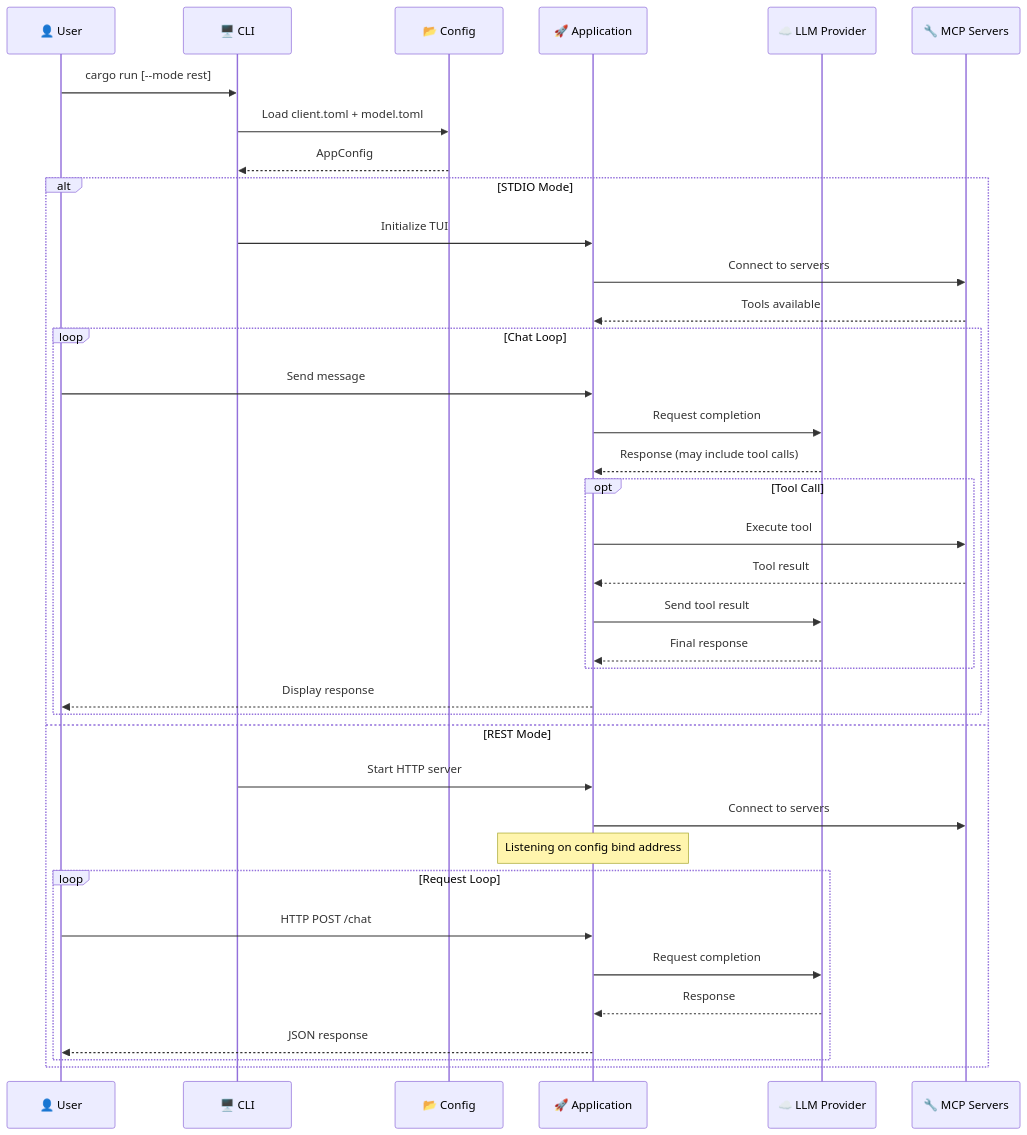
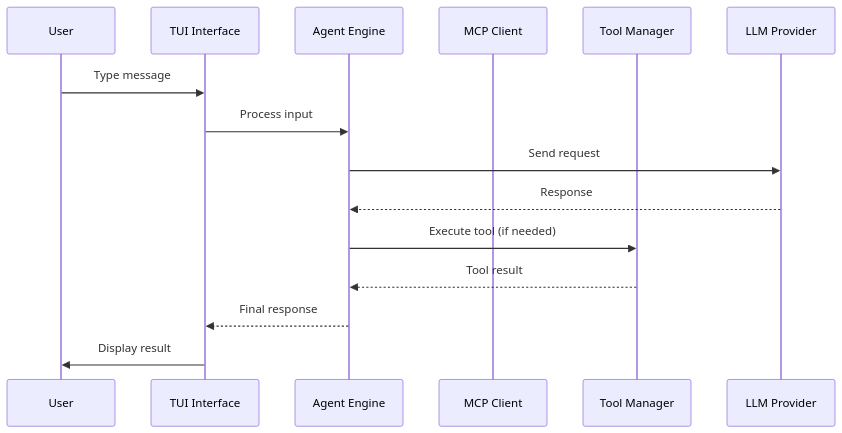
One commit to tsfarizi/antikhitera-mcp-client changed the second of 2 diagrams in README.md. Above: the diagram before and after it, drawn with Mermaid. The commit also changed other lines of this file and 179 other files, not shown here.

````diff
--- a/README.md
+++ b/README.md
@@ -383,41 +206,18 @@
 ```mermaid
 sequenceDiagram
-    participant User as 👤 User
-    participant CLI as 🖥️ CLI
-    participant Config as 📂 Config
-    participant App as 🚀 Application
-    participant LLM as ☁️ LLM Provider
-    participant MCP as 🔧 MCP Servers
-    
-    User->>CLI: cargo run [--mode rest]
-    CLI->>Config: Load client.toml + model.toml
-    Config-->>CLI: AppConfig
-    
-    alt STDIO Mode
-        CLI->>App: Initialize TUI
-        App->>MCP: Connect to servers
-        MCP-->>App: Tools available
-        loop Chat Loop
-            User->>App: Send message
-            App->>LLM: Request completion
-            LLM-->>App: Response (may include tool calls)
-            opt Tool Call
-                App->>MCP: Execute tool
-                MCP-->>App: Tool result
-                App->>LLM: Send tool result
-                LLM-->>App: Final response
-            end
-            App-->>User: Display response
-        end
-    else REST Mode
-        CLI->>App: Start HTTP server
-        App->>MCP: Connect to servers
-        Note over App: Listening on config bind address
-        loop Request Loop
-            User->>App: HTTP POST /chat
-            App->>LLM: Request completion
-            LLM-->>App: Response
-            App-->>User: JSON response
-        end
-    end
+    participant User
+    participant TUI as TUI Interface
+    participant Agent as Agent Engine
+    participant MCP as MCP Client
+    participant Tools as Tool Manager
+    participant LLM as LLM Provider
+
+    User->>TUI: Type message
+    TUI->>Agent: Process input
+    Agent->>LLM: Send request
+    LLM-->>Agent: Response
+    Agent->>Tools: Execute tool (if needed)
+    Tools-->>Agent: Tool result
+    Agent-->>TUI: Final response
+    TUI->>User: Display result
 ```
````
